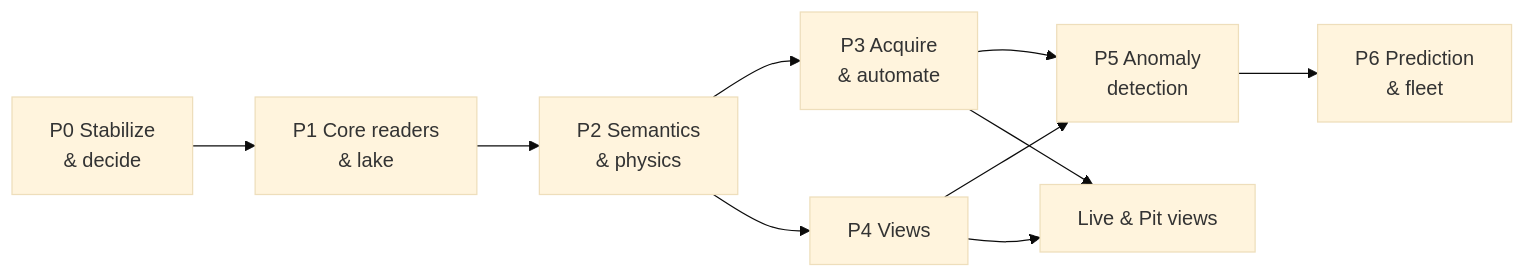
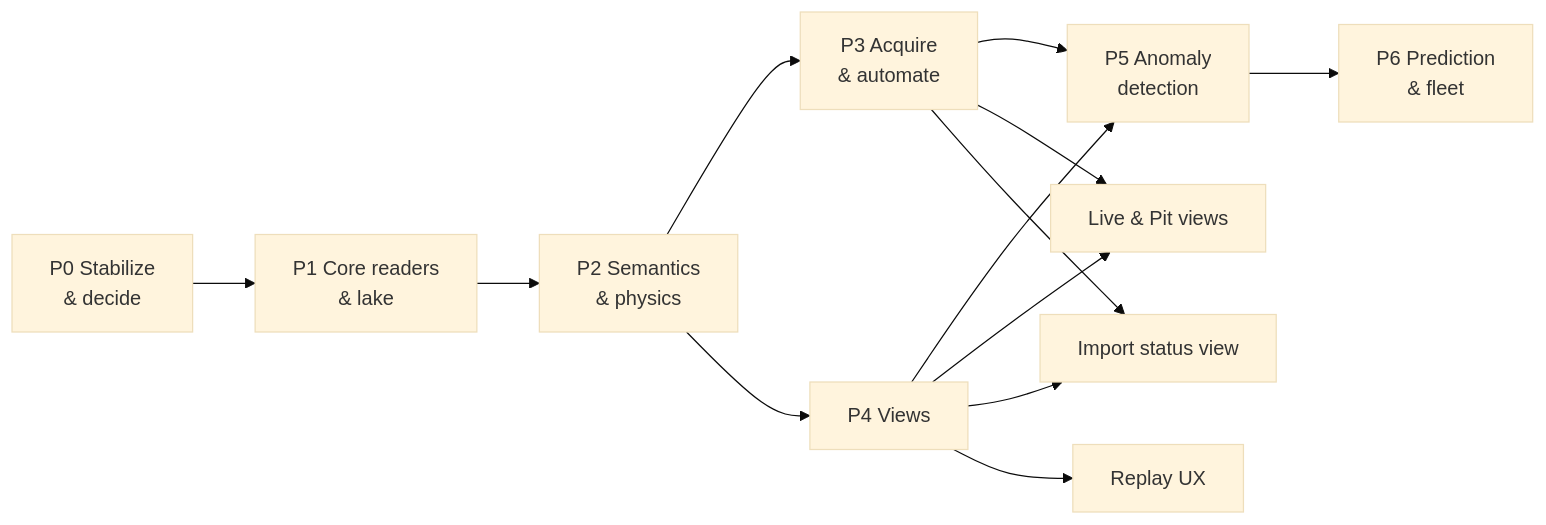
Before and after one commit to IgniteRobotics/flashpoint: the first of 3 diagrams in docs/rewrite/06-roadmap.md, drawn with Mermaid (base theme). The commit also changed other lines of this file, not shown here.

First line of the commit message:
docs(roadmap): add Import status view and Replay UX follow-ups

````diff
--- a/docs/rewrite/06-roadmap.md
+++ b/docs/rewrite/06-roadmap.md
@@ -7,12 +7,15 @@
 ```mermaid
 flowchart LR
     P0[P0 Stabilize<br>& decide] --> P1[P1 Core readers<br>& lake]
     P1 --> P2[P2 Semantics<br>& physics]
     P2 --> P3[P3 Acquire<br>& automate]
     P2 --> P4[P4 Views]
     P3 --> P5[P5 Anomaly<br>detection]
     P4 --> P5
     P4 --> P4b[Live & Pit views]
     P3 --> P4b
+    P3 --> P4c[Import status view]
+    P4 --> P4c
+    P4 --> P4d[Replay UX]
     P5 --> P6[P6 Prediction<br>& fleet]
 ```
````
